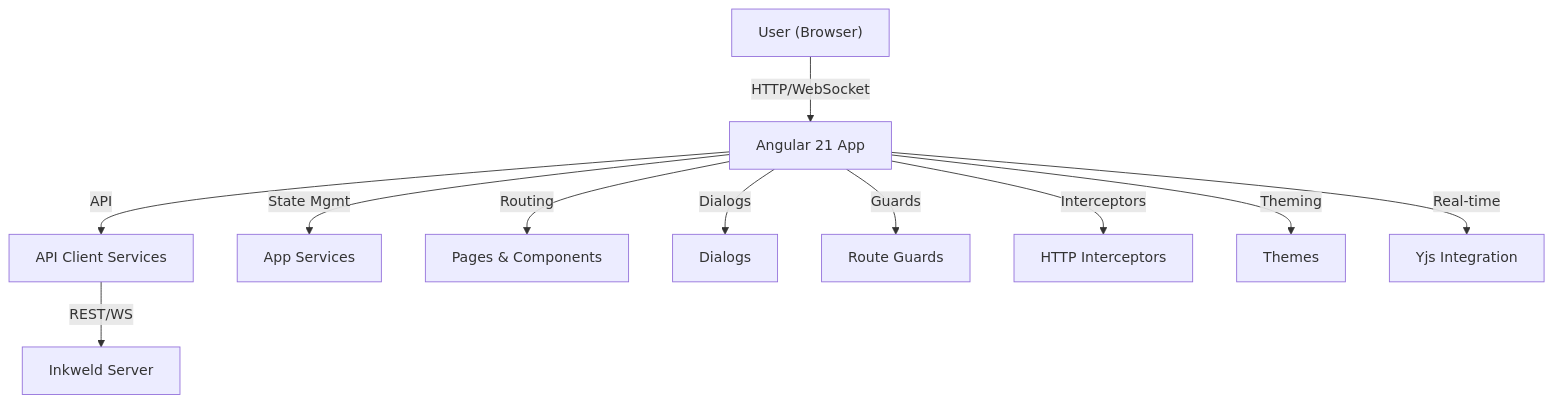
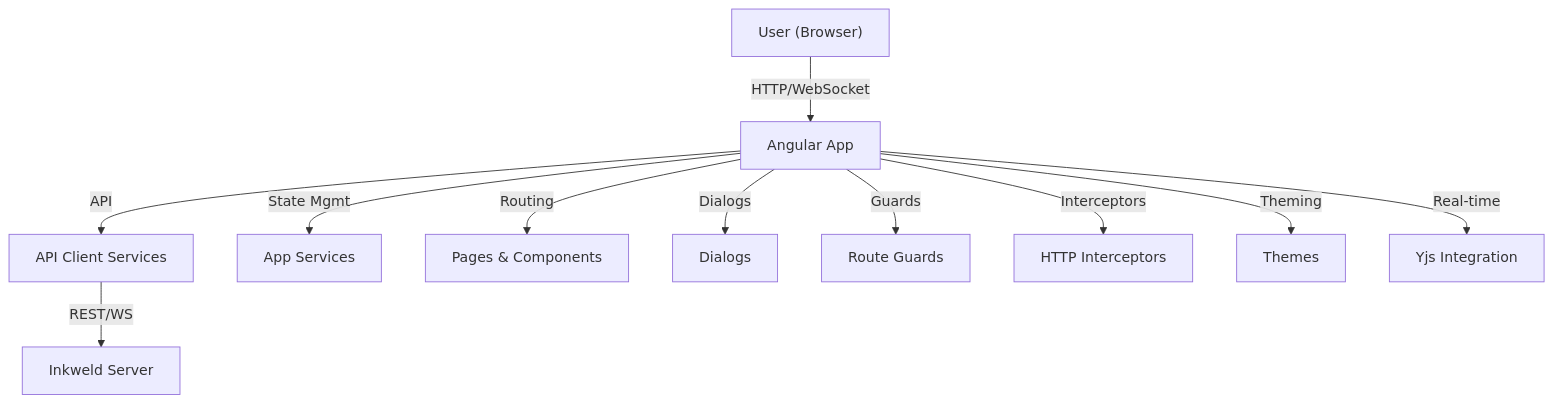
One commit to bobbyquantum/inkweld changed the diagram in frontend/README.md. Above: the diagram before and after it, drawn with Mermaid. The commit also changed other lines of this file and 5 other files, not shown here.

````diff
--- a/frontend/README.md
+++ b/frontend/README.md
@@ -21,13 +21,13 @@
 ```mermaid
 graph TD
-    User["User (Browser)"] -->|HTTP/WebSocket| App["Angular 21 App"]
+    User["User (Browser)"] -->|HTTP/WebSocket| App["Angular App"]
     App -->|API| ApiClient["API Client Services"]
     App -->|State Mgmt| Services["App Services"]
     App -->|Routing| Pages["Pages & Components"]
     App -->|Dialogs| Dialogs["Dialogs"]
     App -->|Guards| Guards["Route Guards"]
     App -->|Interceptors| Interceptors["HTTP Interceptors"]
     App -->|Theming| Themes["Themes"]
     App -->|Real-time| Yjs["Yjs Integration"]
     ApiClient -->|REST/WS| Backend["Inkweld Server"]
 ```
````
